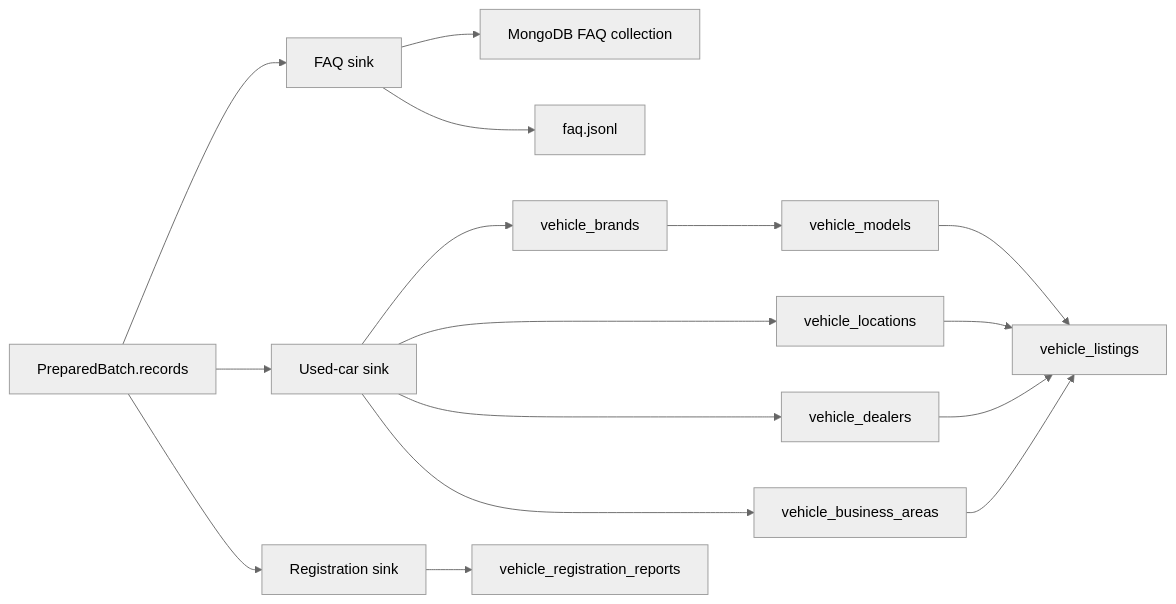
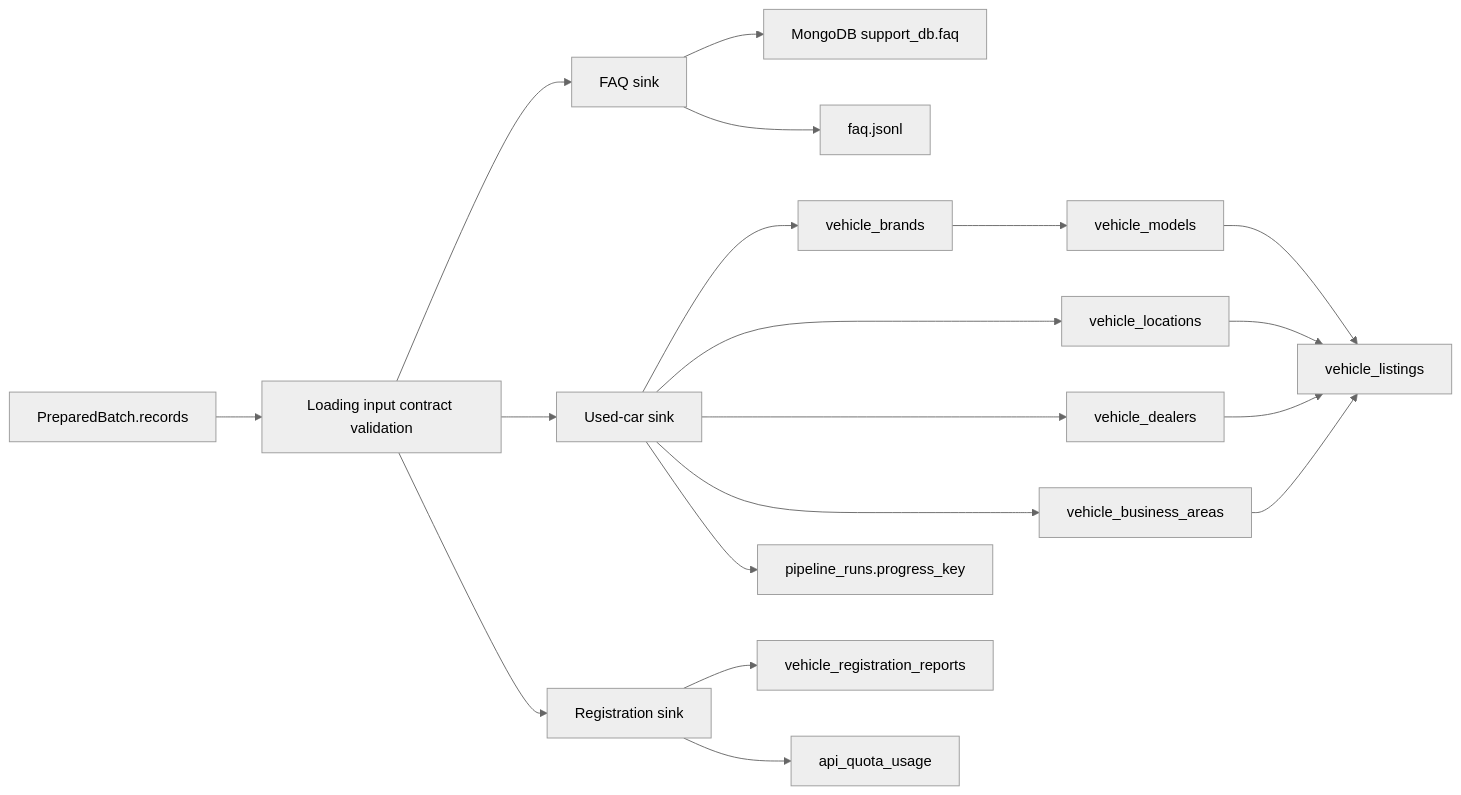
The first of 3 diagrams in src/loading/README.md (encore-ai-campus/mlo-01-p1-team3), drawn with Mermaid (neutral theme) before and after one commit. The commit also changed other lines of this file and 7 other files, not shown here.

````diff
--- a/src/loading/README.md
+++ b/src/loading/README.md
@@ -19,18 +25,21 @@
 ```mermaid
 flowchart LR
-    Prepared["PreparedBatch.records"] --> FAQSink["FAQ sink"]
-    Prepared --> UsedCarSink["Used-car sink"]
-    Prepared --> RegistrationSink["Registration sink"]
-    FAQSink --> Mongo["MongoDB FAQ collection"]
+    Prepared["PreparedBatch.records"] --> Validate["Loading input contract validation"]
+    Validate --> FAQSink["FAQ sink"]
+    Validate --> UsedCarSink["Used-car sink"]
+    Validate --> RegistrationSink["Registration sink"]
+    FAQSink --> Mongo["MongoDB support_db.faq"]
     FAQSink --> FaqJsonl["faq.jsonl"]
     UsedCarSink --> Brand["vehicle_brands"]
     Brand --> Model["vehicle_models"]
     UsedCarSink --> Location["vehicle_locations"]
     UsedCarSink --> Dealer["vehicle_dealers"]
     UsedCarSink --> Area["vehicle_business_areas"]
     Model --> Listing["vehicle_listings"]
     Location --> Listing
     Dealer --> Listing
     Area --> Listing
     RegistrationSink --> Report["vehicle_registration_reports"]
+    RegistrationSink --> Quota["api_quota_usage"]
+    UsedCarSink --> Runs["pipeline_runs.progress_key"]
 ```
````
